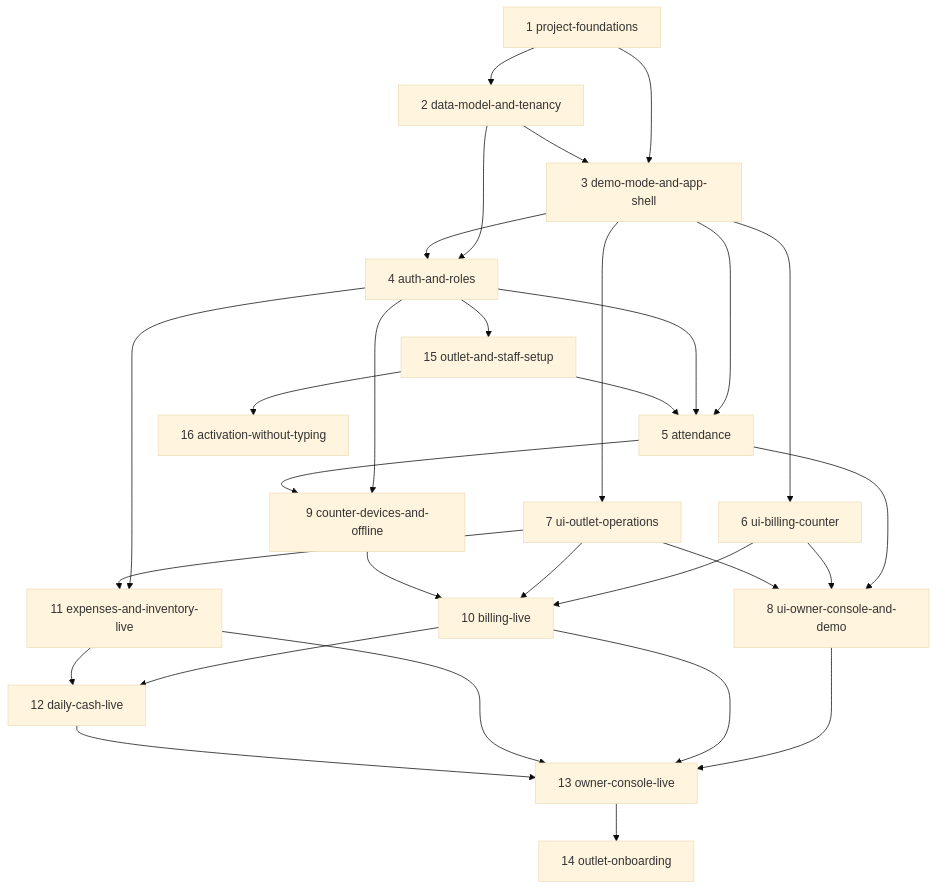
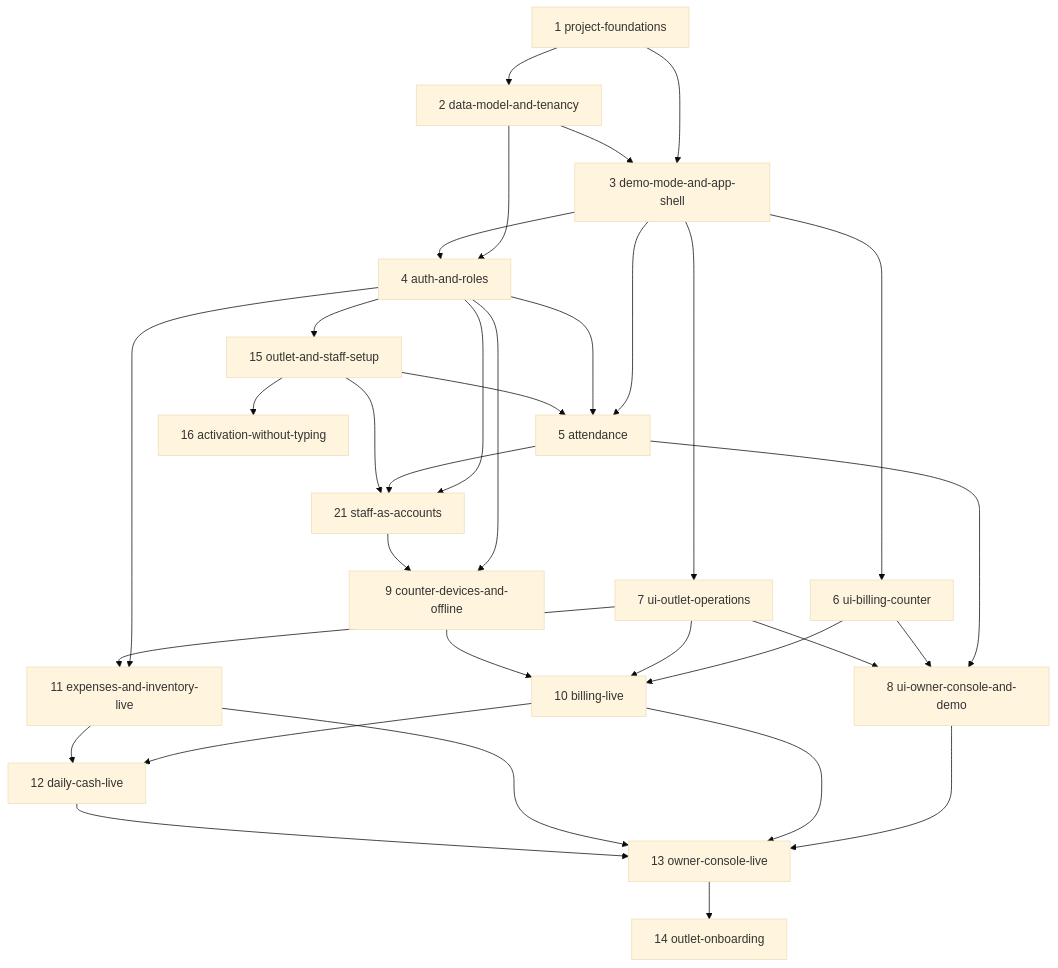
The diagram in openspec/changes/ROADMAP.md (abdatta/shawarmania-ops), drawn with Mermaid (base theme) before and after one commit. The commit also changed other lines of this file and 6 other files, not shown here.

First line of the commit message:
Seed staff-as-accounts (#21), reshaping Wave D around the owner's identity decisions

````diff
--- a/openspec/changes/ROADMAP.md
+++ b/openspec/changes/ROADMAP.md
@@ -84,32 +85,35 @@
 ```mermaid
 graph TD
     C1[1 project-foundations] --> C2[2 data-model-and-tenancy]
     C1 --> C3[3 demo-mode-and-app-shell]
     C2 --> C3
     C2 --> C4[4 auth-and-roles]
     C3 --> C4
     C3 --> C5[5 attendance]
     C4 --> C5
     C4 --> C15[15 outlet-and-staff-setup]
     C15 --> C5
     C15 --> C16[16 activation-without-typing]
     C3 --> C6[6 ui-billing-counter]
     C3 --> C7[7 ui-outlet-operations]
     C5 --> C8[8 ui-owner-console-and-demo]
     C6 --> C8
     C7 --> C8
+    C4 --> C21[21 staff-as-accounts]
+    C5 --> C21
+    C15 --> C21
     C4 --> C9[9 counter-devices-and-offline]
-    C5 --> C9
+    C21 --> C9
     C6 --> C10[10 billing-live]
     C7 --> C10
     C9 --> C10
     C4 --> C11[11 expenses-and-inventory-live]
     C7 --> C11
     C10 --> C12[12 daily-cash-live]
     C11 --> C12
     C8 --> C13[13 owner-console-live]
     C10 --> C13
     C11 --> C13
     C12 --> C13
     C13 --> C14[14 outlet-onboarding]
 ```
````
